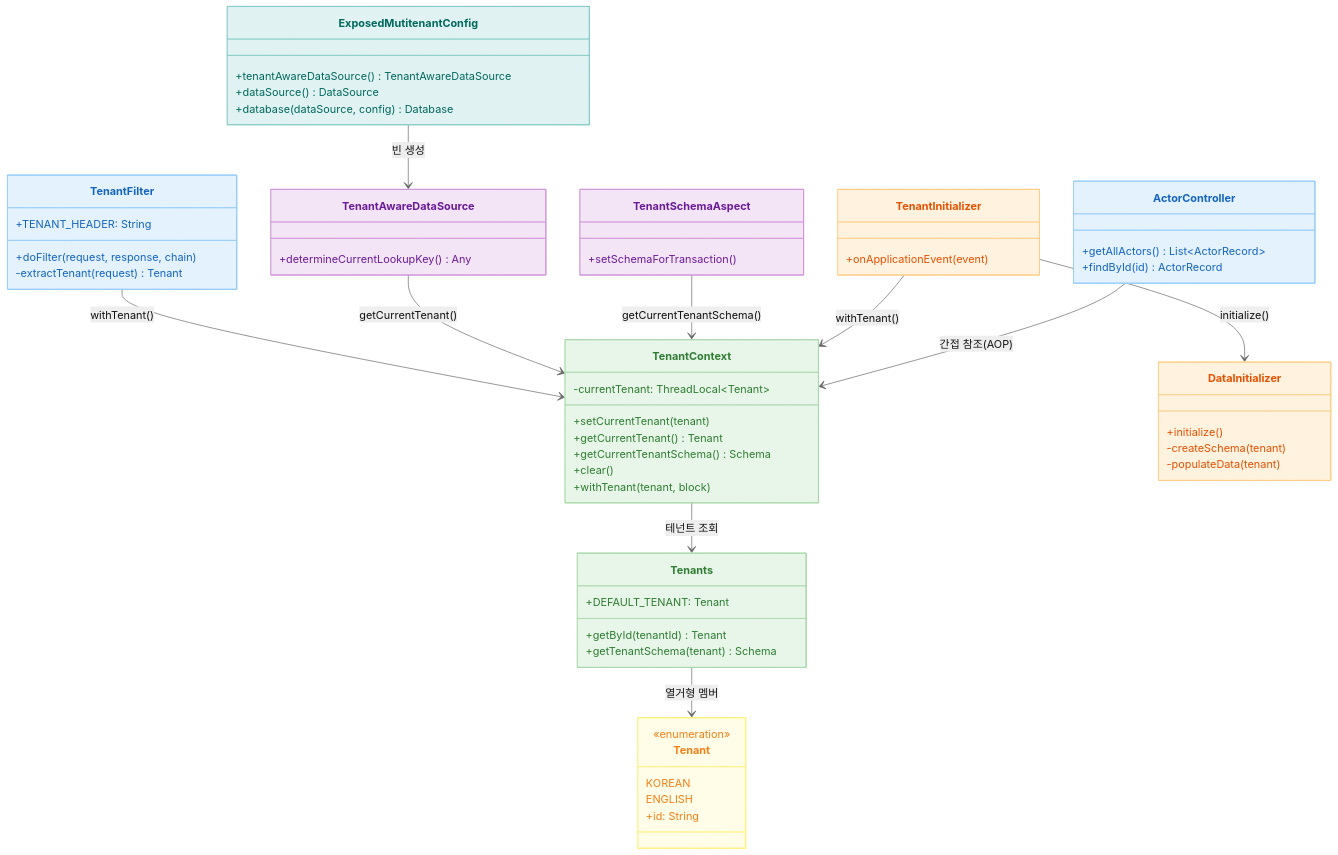
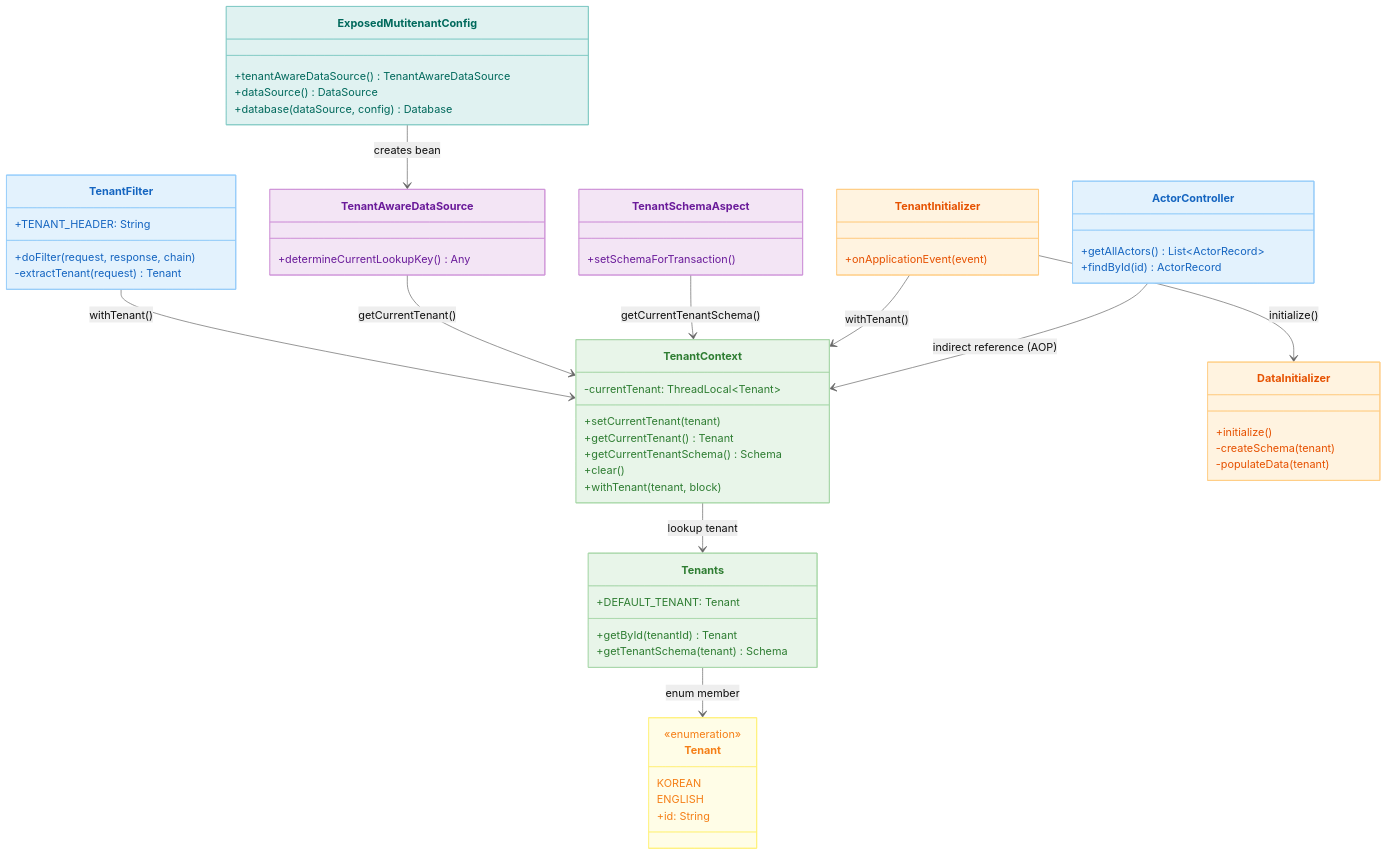
One commit to bluetape4k/exposed-workshop changed the second of 4 diagrams in 10-multi-tenant/01-multitenant-spring-web/README.md. Above: the diagram before and after it, drawn with Mermaid (neutral theme). The commit also changed other lines of this file and 115 other files, not shown here.

````diff
--- a/10-multi-tenant/01-multitenant-spring-web/README.md
+++ b/10-multi-tenant/01-multitenant-spring-web/README.md
@@ -49,80 +50,80 @@
 ```mermaid
 classDiagram
     class TenantFilter {
         +TENANT_HEADER: String
         +doFilter(request, response, chain)
         -extractTenant(request) Tenant
     }
 
     class TenantContext {
         -currentTenant: ThreadLocal~Tenant~
         +setCurrentTenant(tenant)
         +getCurrentTenant() Tenant
         +getCurrentTenantSchema() Schema
         +clear()
         +withTenant(tenant, block)
     }
 
     class Tenants {
         +DEFAULT_TENANT: Tenant
         +getById(tenantId) Tenant
         +getTenantSchema(tenant) Schema
     }
 
     class Tenant {
         <<enumeration>>
         KOREAN
         ENGLISH
         +id: String
     }
 
     class TenantAwareDataSource {
         +determineCurrentLookupKey() Any
     }
 
     class TenantSchemaAspect {
         +setSchemaForTransaction()
     }
 
     class TenantInitializer {
         +onApplicationEvent(event)
     }
 
     class DataInitializer {
         +initialize()
         -createSchema(tenant)
         -populateData(tenant)
     }
 
     class ExposedMutitenantConfig {
         +tenantAwareDataSource() TenantAwareDataSource
         +dataSource() DataSource
         +database(dataSource, config) Database
     }
 
     class ActorController {
         +getAllActors() List~ActorRecord~
         +findById(id) ActorRecord
     }
 
     TenantFilter --> TenantContext : withTenant()
-    TenantContext --> Tenants : 테넌트 조회
-    Tenants --> Tenant : 열거형 멤버
+    TenantContext --> Tenants : lookup tenant
+    Tenants --> Tenant : enum member
     TenantAwareDataSource --> TenantContext : getCurrentTenant()
     TenantSchemaAspect --> TenantContext : getCurrentTenantSchema()
     TenantInitializer --> DataInitializer : initialize()
     TenantInitializer --> TenantContext : withTenant()
-    ExposedMutitenantConfig --> TenantAwareDataSource : 빈 생성
-    ActorController --> TenantContext : 간접 참조(AOP)
+    ExposedMutitenantConfig --> TenantAwareDataSource : creates bean
+    ActorController --> TenantContext : indirect reference (AOP)
 
     style TenantFilter fill:#E3F2FD,stroke:#90CAF9,color:#1565C0
     style TenantContext fill:#E8F5E9,stroke:#A5D6A7,color:#2E7D32
     style Tenants fill:#E8F5E9,stroke:#A5D6A7,color:#2E7D32
     style Tenant fill:#FFFDE7,stroke:#FFF176,color:#F57F17
     style TenantAwareDataSource fill:#F3E5F5,stroke:#CE93D8,color:#6A1B9A
     style TenantSchemaAspect fill:#F3E5F5,stroke:#CE93D8,color:#6A1B9A
     style TenantInitializer fill:#FFF3E0,stroke:#FFCC80,color:#E65100
     style DataInitializer fill:#FFF3E0,stroke:#FFCC80,color:#E65100
     style ExposedMutitenantConfig fill:#E0F2F1,stroke:#80CBC4,color:#00695C
     style ActorController fill:#E3F2FD,stroke:#90CAF9,color:#1565C0
 ```
````
